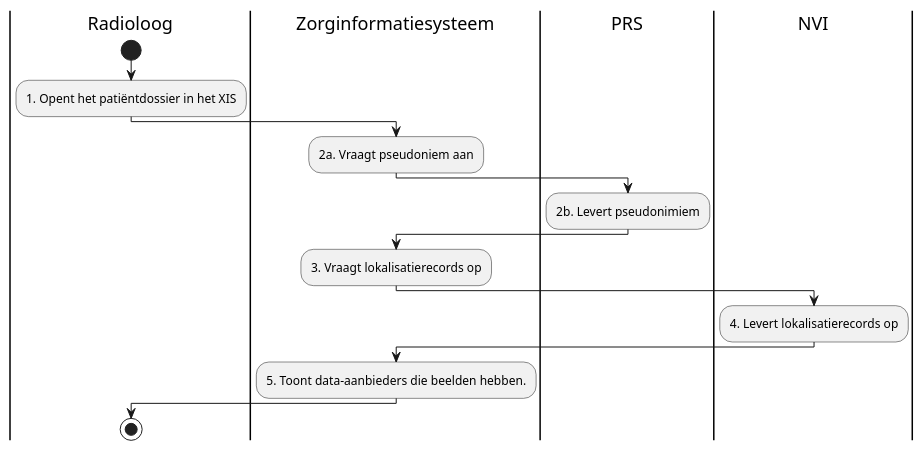
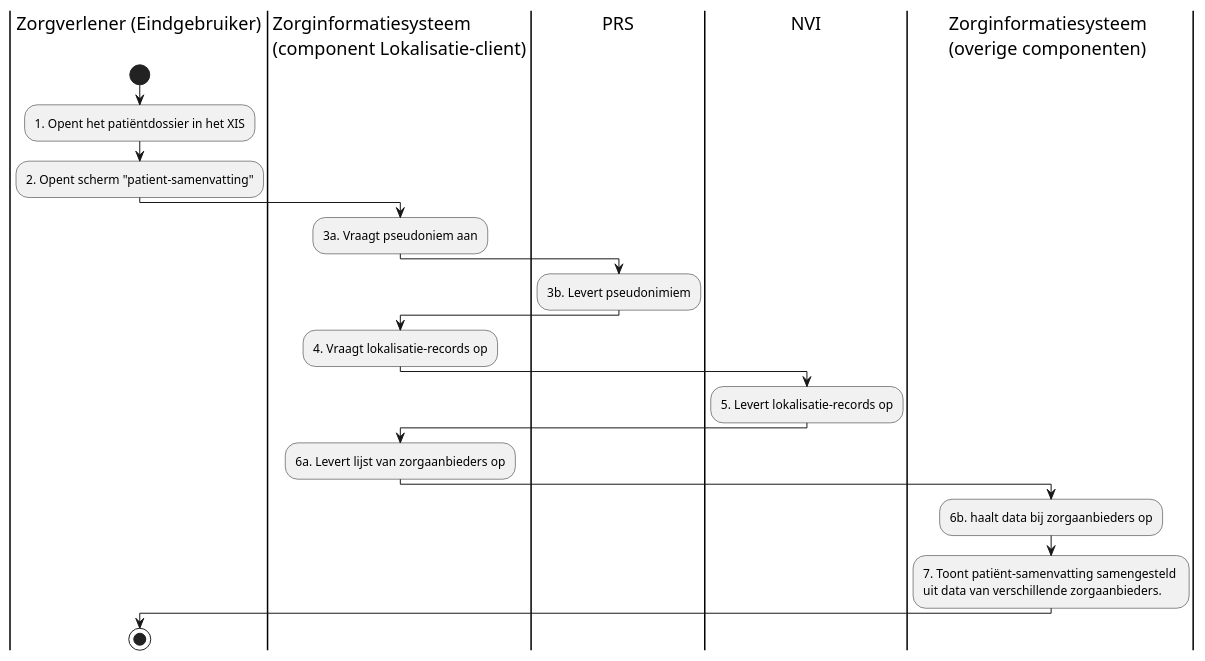
Before and after one commit to jorritspee/gf-lokalisatie-plantuml: the diagram in H7.2-activiteitendiagram.plantuml, drawn with PlantUML. The commit also changed 3 other files, not shown here.

```diff
--- a/H7.2-activiteitendiagram.plantuml
+++ b/H7.2-activiteitendiagram.plantuml
@@ -1,17 +1,21 @@
 @startuml
-|Radioloog|
+|Zorgverlener (Eindgebruiker)|
 start
 :1. Opent het patiëntdossier in het XIS;
-|Zorginformatiesysteem|
-:2a. Vraagt pseudoniem aan;
+:2. Opent scherm "patient-samenvatting";
+|Zorginformatiesysteem \n(component Lokalisatie-client)|
+:3a. Vraagt pseudoniem aan;
 |PRS|
-:2b. Levert pseudonimiem;
-|Zorginformatiesysteem|
-:3. Vraagt lokalisatierecords op;
+:3b. Levert pseudonimiem;
+|Zorginformatiesysteem \n(component Lokalisatie-client)|
+:4. Vraagt lokalisatie-records op;
 |NVI|
-:4. Levert lokalisatierecords op; 
-|Zorginformatiesysteem|
-:5. Toont data-aanbieders die beelden hebben.;
-|Radioloog|
+:5. Levert lokalisatie-records op; 
+|Zorginformatiesysteem \n(component Lokalisatie-client)|
+:6a. Levert lijst van zorgaanbieders op;
+|Zorginformatiesysteem \n(overige componenten)|
+:6b. haalt data bij zorgaanbieders op;
+:7. Toont patiënt-samenvatting samengesteld \nuit data van verschillende zorgaanbieders.;
+|Zorgverlener (Eindgebruiker)|
 stop
 @enduml
```
